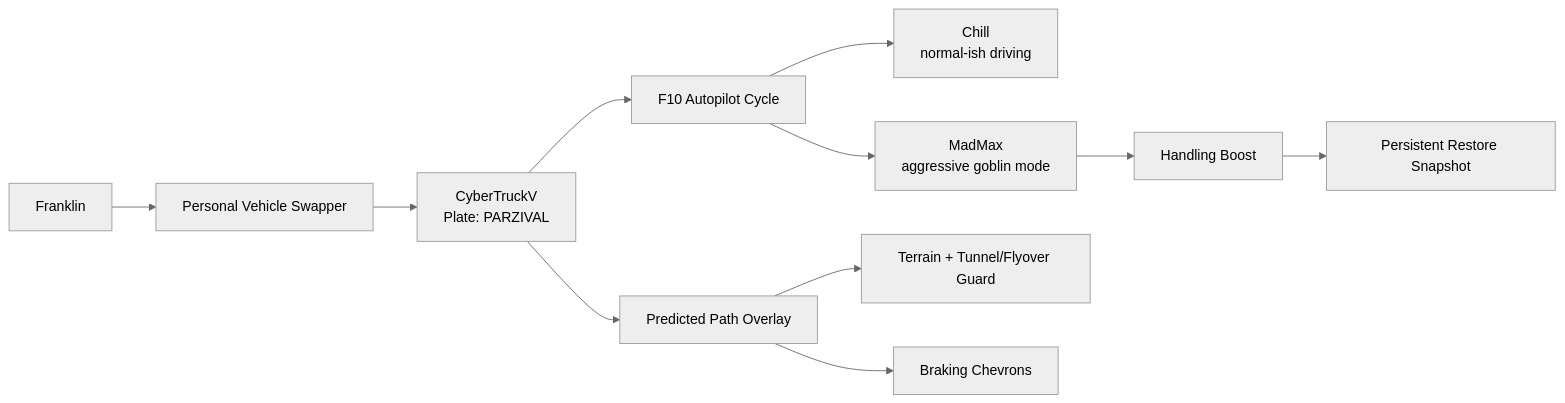
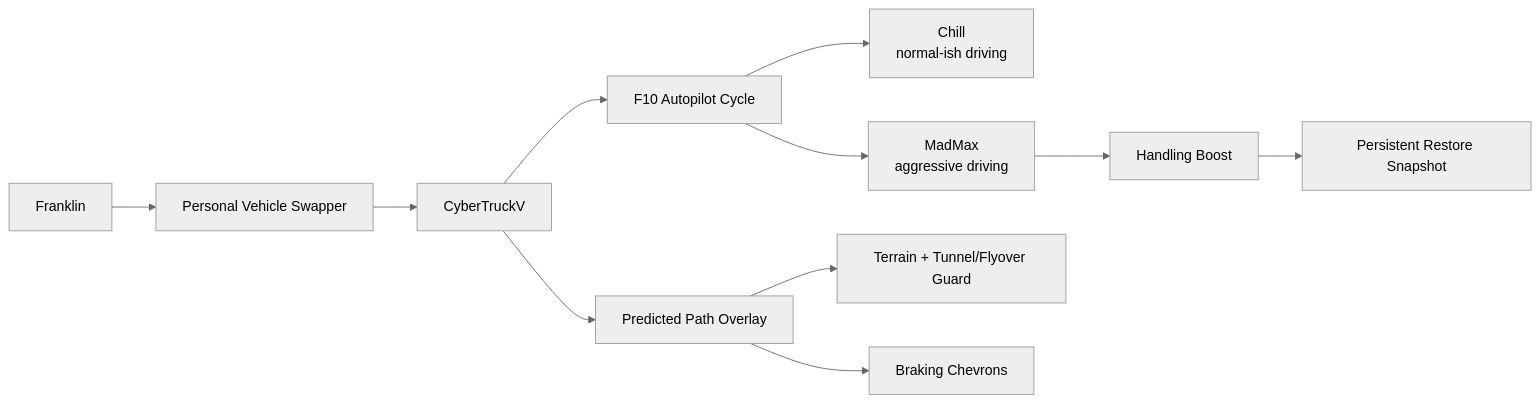
One commit to LakshmanTurlapati/FSD-V changed the diagram in README.md. Above: the diagram before and after it, drawn with Mermaid (neutral theme). The commit also changed other lines of this file and 3 other files, not shown here.

First line of the commit message:
Generalize install paths and remove plate swapper logic

````diff
--- a/README.md
+++ b/README.md
@@ -82,13 +83,13 @@
 ```mermaid
 flowchart LR
     Franklin["Franklin"] --> Swapper["Personal Vehicle Swapper"]
-    Swapper --> Cybertruck["CyberTruckV<br/>Plate: PARZIVAL"]
+    Swapper --> Cybertruck["CyberTruckV"]
     Cybertruck --> F10["F10 Autopilot Cycle"]
     F10 --> Chill["Chill<br/>normal-ish driving"]
-    F10 --> MadMax["MadMax<br/>aggressive goblin mode"]
+    F10 --> MadMax["MadMax<br/>aggressive driving"]
     MadMax --> Boost["Handling Boost"]
     Boost --> Snapshot["Persistent Restore Snapshot"]
     Cybertruck --> Overlay["Predicted Path Overlay"]
     Overlay --> Terrain["Terrain + Tunnel/Flyover Guard"]
     Overlay --> Chevrons["Braking Chevrons"]
 ```
````
